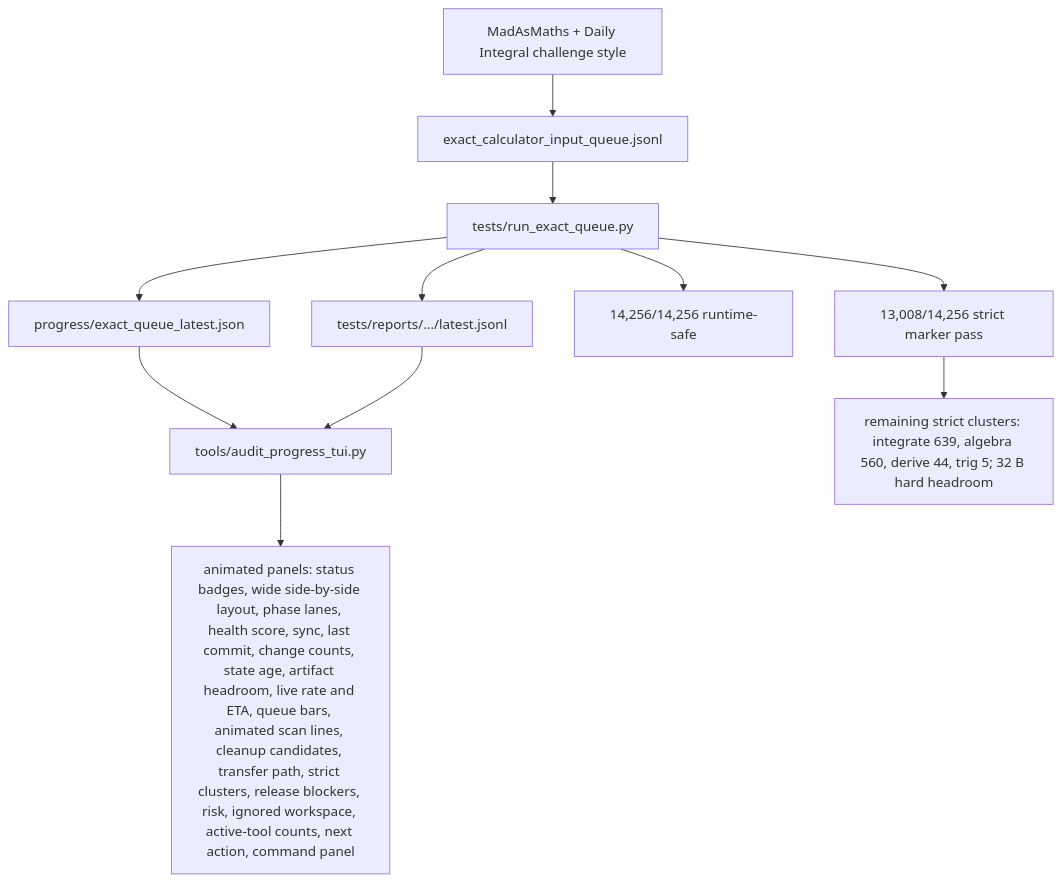
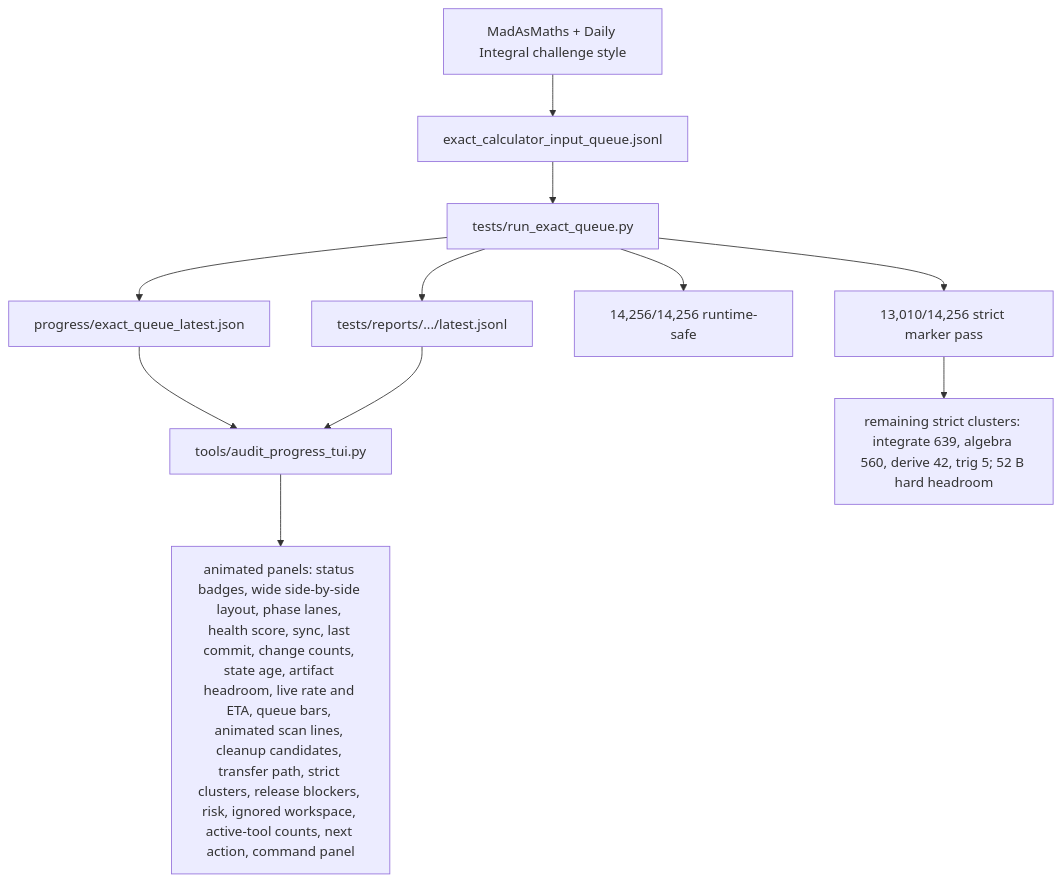
Before and after one commit to james8464/notes-addin-casio-fx-cg50: the fifth of 6 diagrams in docs/GRAPH.md, drawn with Mermaid. The commit also changed other lines of this file and 3 other files, not shown here.

````diff
--- a/docs/GRAPH.md
+++ b/docs/GRAPH.md
@@ -60,13 +60,13 @@
 ```mermaid
 graph TD
   Online["MadAsMaths + Daily Integral challenge style"] --> Queue["exact_calculator_input_queue.jsonl"]
   Queue --> Runner["tests/run_exact_queue.py"]
   Runner --> Live["progress/exact_queue_latest.json"]
   Runner --> Report["tests/reports/.../latest.jsonl"]
   Live --> TUI["tools/audit_progress_tui.py"]
   Report --> TUI
   TUI --> Panels["animated panels: status badges, wide side-by-side layout, phase lanes, health score, sync, last commit, change counts, state age, artifact headroom, live rate and ETA, queue bars, animated scan lines, cleanup candidates, transfer path, strict clusters, release blockers, risk, ignored workspace, active-tool counts, next action, command panel"]
   Runner --> Runtime["14,256/14,256 runtime-safe"]
-  Runner --> Strict["13,008/14,256 strict marker pass"]
-  Strict --> Remaining["remaining strict clusters: integrate 639, algebra 560, derive 44, trig 5; 32 B hard headroom"]
+  Runner --> Strict["13,010/14,256 strict marker pass"]
+  Strict --> Remaining["remaining strict clusters: integrate 639, algebra 560, derive 42, trig 5; 52 B hard headroom"]
 ```
````
